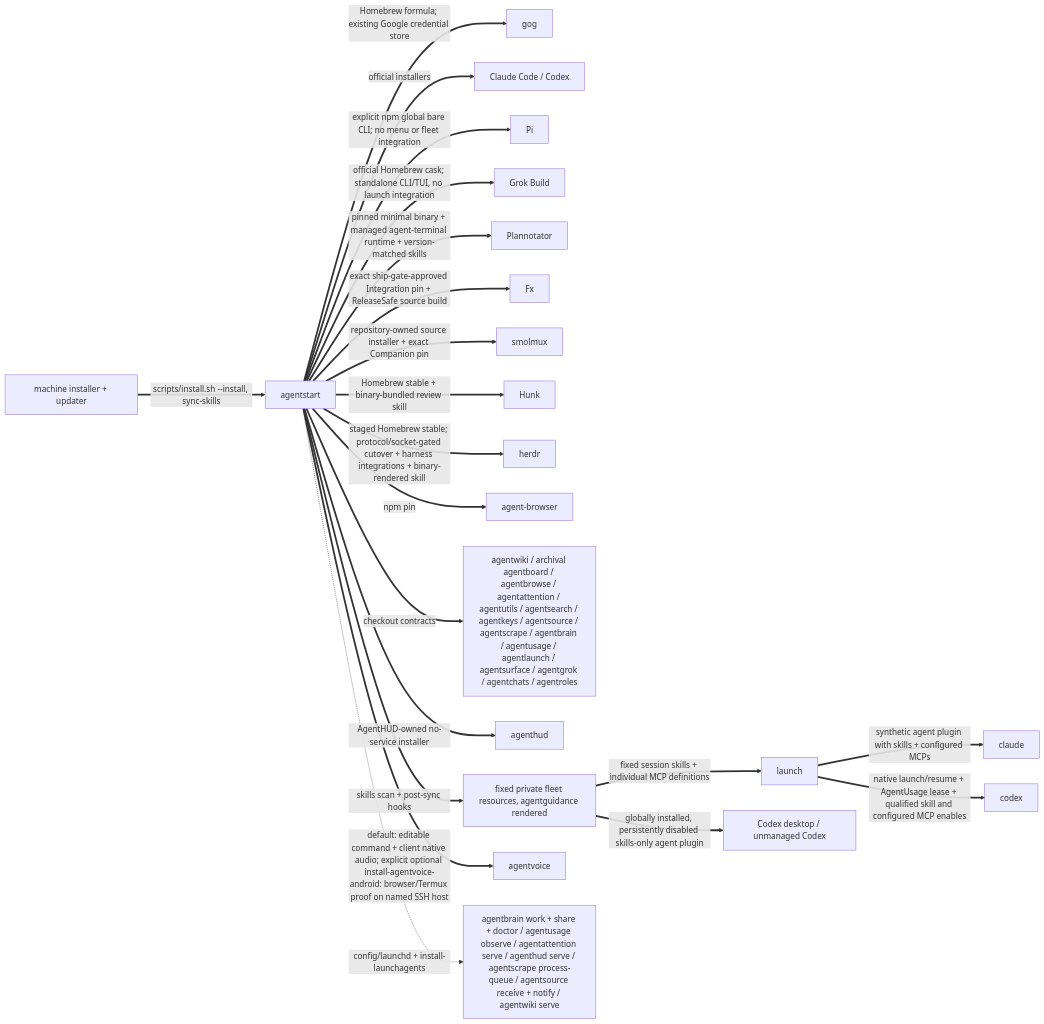
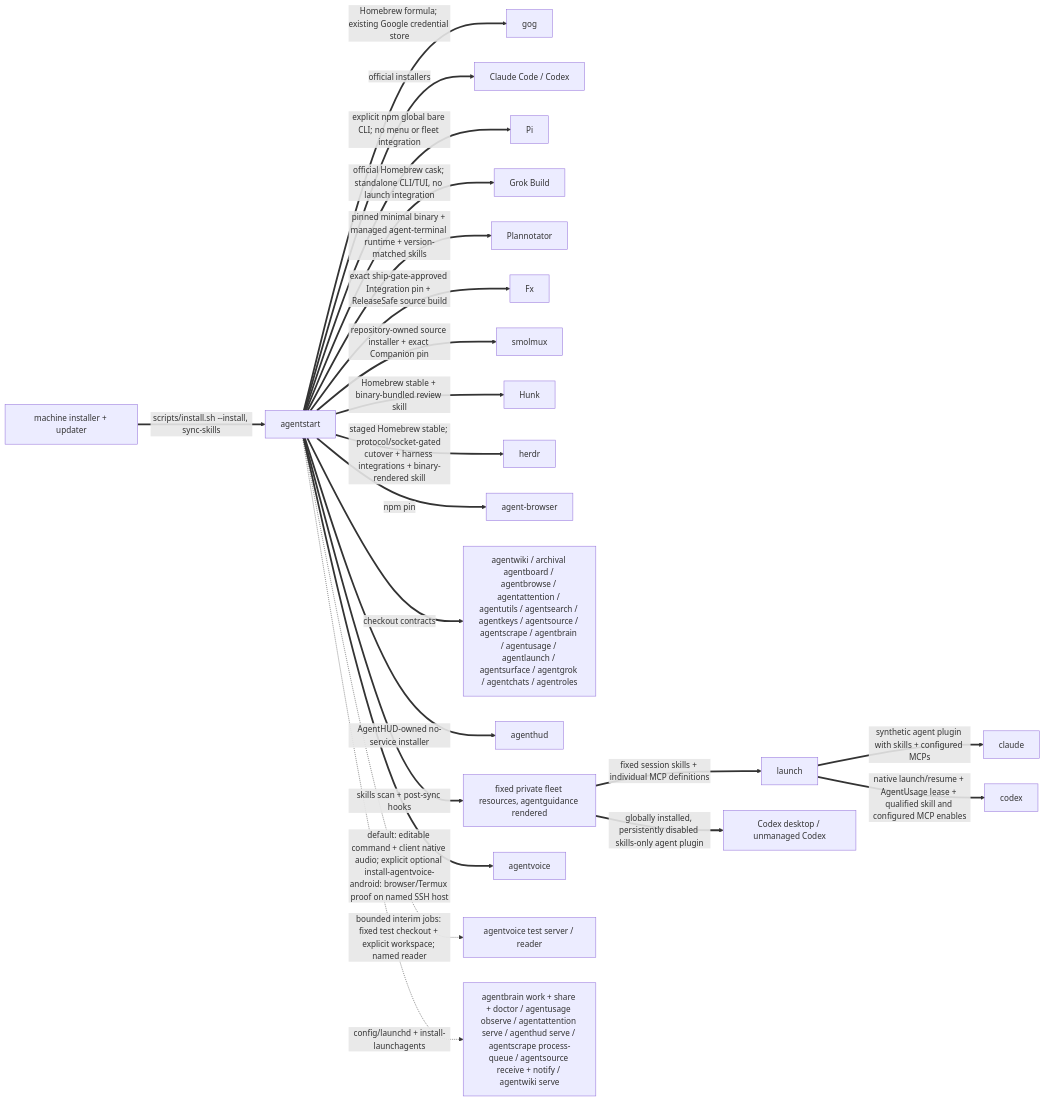
The second of 3 diagrams in skills/fleet/MAP.md (possibilities/agentstart), drawn with Mermaid before and after one commit. The commit also changed other lines of this file and 10 other files, not shown here.

Commit message:
Supervise isolated AgentVoice test services

````diff
--- a/skills/fleet/MAP.md
+++ b/skills/fleet/MAP.md
@@ -104,26 +104,27 @@
 ```mermaid
 flowchart LR
     machine[machine installer + updater]
     start[agentstart]
 
     machine ==>|scripts/install.sh --install, sync-skills| start
     start ==>|Homebrew formula; existing Google credential store| gog
     start ==>|official installers| harnesses[Claude Code / Codex]
     start ==>|explicit npm global bare CLI; no menu or fleet integration| pi[Pi]
     start ==>|official Homebrew cask; standalone CLI/TUI, no launch integration| grok[Grok Build]
     start ==>|pinned minimal binary + managed agent-terminal runtime + version-matched skills| plannotator[Plannotator]
     start ==>|exact ship-gate-approved Integration pin + ReleaseSafe source build| fx[Fx]
     start ==>|repository-owned source installer + exact Companion pin| smolmuxInstall[smolmux]
     start ==>|Homebrew stable + binary-bundled review skill| hunk[Hunk]
     start ==>|staged Homebrew stable; protocol/socket-gated cutover + harness integrations + binary-rendered skill| herdrInstall[herdr]
     start ==>|npm pin| browser[agent-browser]
     start ==>|checkout contracts| fleet[agentwiki / archival agentboard / agentbrowse / agentattention / agentutils / agentsearch / agentkeys / agentsource / agentscrape / agentbrain / agentusage / agentlaunch / agentsurface / agentgrok / agentchats / agentroles]
     start ==>|AgentHUD-owned no-service installer| hudInstall[agenthud]
     start ==>|skills scan + post-sync hooks| skills[fixed private fleet resources, agentguidance rendered]
     start ==>|default: editable command + client native audio; explicit optional install-agentvoice-android: browser/Termux proof on named SSH host| voiceInstall[agentvoice]
+    start -.->|bounded interim jobs: fixed test checkout + explicit workspace; named reader| voiceTest[agentvoice test server / reader]
     skills ==>|fixed session skills + individual MCP definitions| launch
     launch ==>|synthetic agent plugin with skills + configured MCPs| claude
     launch ==>|native launch/resume + AgentUsage lease + qualified skill and configured MCP enables| codex
     skills ==>|globally installed, persistently disabled skills-only agent plugin| codexDesktop[Codex desktop / unmanaged Codex]
     start -.->|config/launchd + install-launchagents| services[agentbrain work + share + doctor / agentusage observe / agentattention serve / agenthud serve / agentscrape process-queue / agentsource receive + notify / agentwiki serve]
 ```
````
